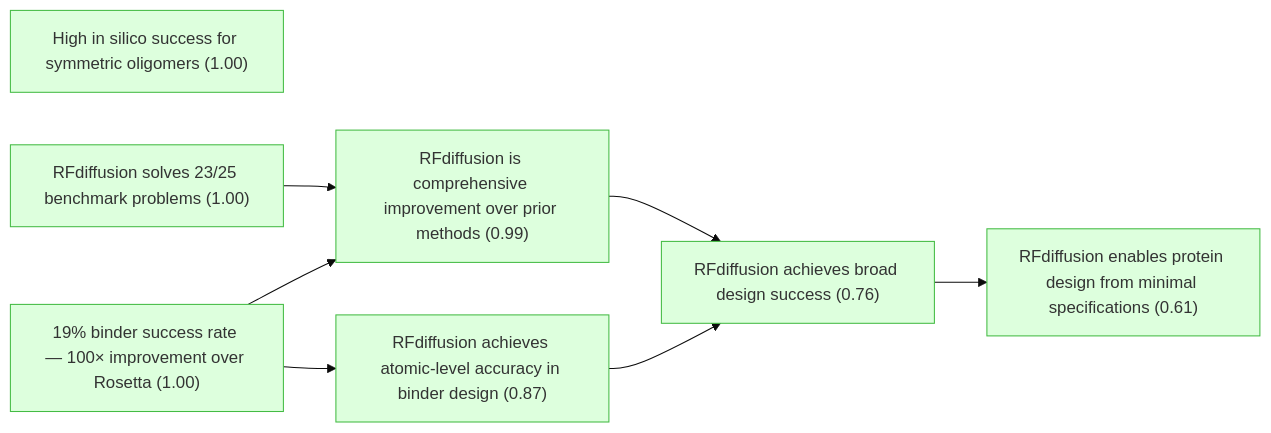
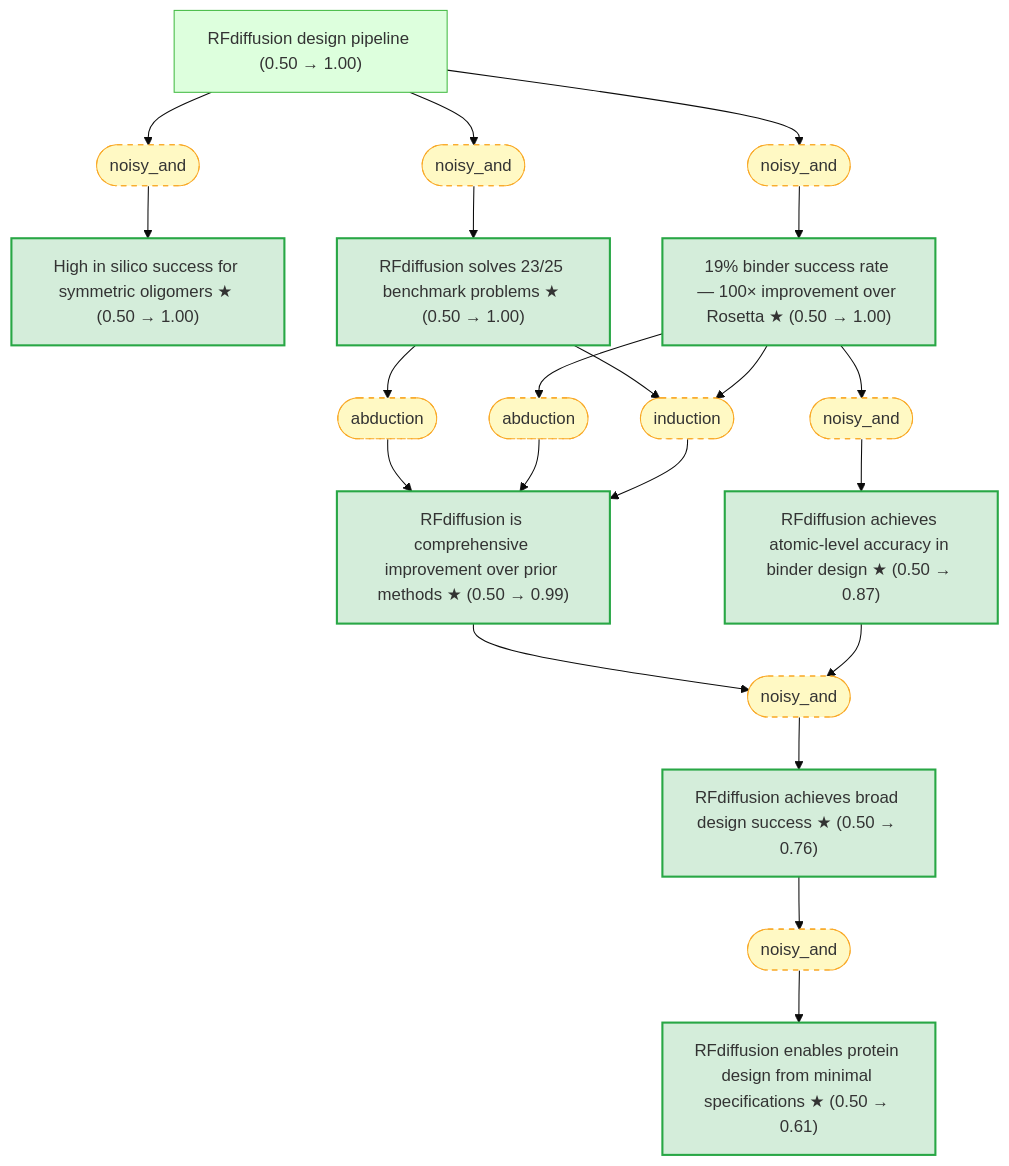
One commit to kunyuan/watson-rfdiffusion-2023-gaia changed the diagram in README.md. Above: the diagram before and after it, drawn with Mermaid (base theme). The commit also changed other lines of this file and 89 other files, not shown here.

````diff
--- a/README.md
+++ b/README.md
@@ -7,26 +10,50 @@
 ```mermaid
-graph LR
-    rfdiffusion_broad_success["RFdiffusion achieves broad design success (0.76)"]:::derived
-    symmetric_high_success["High in silico success for symmetric oligomers (1.00)"]:::derived
-    rfdiffusion_benchmark_performance["RFdiffusion solves 23/25 benchmark problems (1.00)"]:::derived
-    binder_success_rate["19% binder success rate — 100× improvement over Rosetta (1.00)"]:::derived
-    ha20_atomic_accuracy["RFdiffusion achieves atomic-level accuracy in binder design (0.87)"]:::derived
-    comprehensive_improvement["RFdiffusion is comprehensive improvement over prior methods (0.99)"]:::derived
-    generality_claim["RFdiffusion enables protein design from minimal specifications (0.61)"]:::derived
-    binder_success_rate --> comprehensive_improvement
-    binder_success_rate --> ha20_atomic_accuracy
-    comprehensive_improvement --> rfdiffusion_broad_success
-    ha20_atomic_accuracy --> rfdiffusion_broad_success
-    rfdiffusion_benchmark_performance --> comprehensive_improvement
-    rfdiffusion_broad_success --> generality_claim
+graph TD
+    rfdiffusion_broad_success["RFdiffusion achieves broad design success ★ (0.50 → 0.76)"]:::exported
+    pipeline_description["RFdiffusion design pipeline (0.50 → 1.00)"]:::derived
+    symmetric_high_success["High in silico success for symmetric oligomers ★ (0.50 → 1.00)"]:::exported
+    rfdiffusion_benchmark_performance["RFdiffusion solves 23/25 benchmark problems ★ (0.50 → 1.00)"]:::exported
+    binder_success_rate["19% binder success rate — 100× improvement over Rosetta ★ (0.50 → 1.00)"]:::exported
+    ha20_atomic_accuracy["RFdiffusion achieves atomic-level accuracy in binder design ★ (0.50 → 0.87)"]:::exported
+    comprehensive_improvement["RFdiffusion is comprehensive improvement over prior methods ★ (0.50 → 0.99)"]:::exported
+    generality_claim["RFdiffusion enables protein design from minimal specifications ★ (0.50 → 0.61)"]:::exported
+    strat_7(["noisy_and"]):::weak
+    pipeline_description --> strat_7
+    strat_7 --> symmetric_high_success
+    strat_14(["noisy_and"]):::weak
+    pipeline_description --> strat_14
+    strat_14 --> rfdiffusion_benchmark_performance
+    strat_27(["noisy_and"]):::weak
+    pipeline_description --> strat_27
+    strat_27 --> binder_success_rate
+    strat_32(["noisy_and"]):::weak
+    binder_success_rate --> strat_32
+    strat_32 --> ha20_atomic_accuracy
+    strat_34(["abduction"]):::weak
+    rfdiffusion_benchmark_performance --> strat_34
+    strat_34 --> comprehensive_improvement
+    strat_35(["abduction"]):::weak
+    binder_success_rate --> strat_35
+    strat_35 --> comprehensive_improvement
+    strat_36(["induction"]):::weak
+    rfdiffusion_benchmark_performance --> strat_36
+    binder_success_rate --> strat_36
+    strat_36 --> comprehensive_improvement
+    strat_40(["noisy_and"]):::weak
+    comprehensive_improvement --> strat_40
+    ha20_atomic_accuracy --> strat_40
+    strat_40 --> rfdiffusion_broad_success
+    strat_41(["noisy_and"]):::weak
+    rfdiffusion_broad_success --> strat_41
+    strat_41 --> generality_claim
 
     classDef setting fill:#f0f0f0,stroke:#999,color:#333
     classDef premise fill:#ddeeff,stroke:#4488bb,color:#333
     classDef derived fill:#ddffdd,stroke:#44bb44,color:#333
     classDef question fill:#fff3dd,stroke:#cc9944,color:#333
     classDef background fill:#f5f5f5,stroke:#bbb,stroke-dasharray: 5 5,color:#333
     classDef orphan fill:#fff,stroke:#ccc,stroke-dasharray: 5 5,color:#333
-    classDef external fill:#fff,stroke:#aaa,stroke-dasharray: 3 3,color:#333
+    classDef exported fill:#d4edda,stroke:#28a745,stroke-width:2px,color:#333
     classDef weak fill:#fff9c4,stroke:#f9a825,stroke-dasharray: 5 5,color:#333
     classDef contra fill:#ffebee,stroke:#c62828,color:#333
 ```
````
